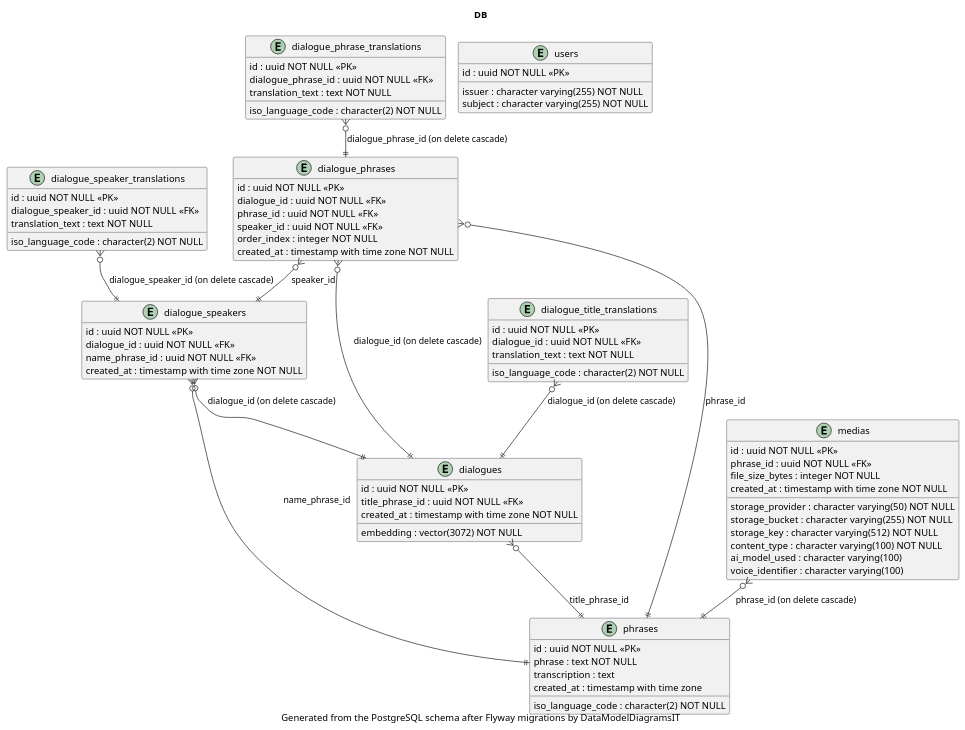
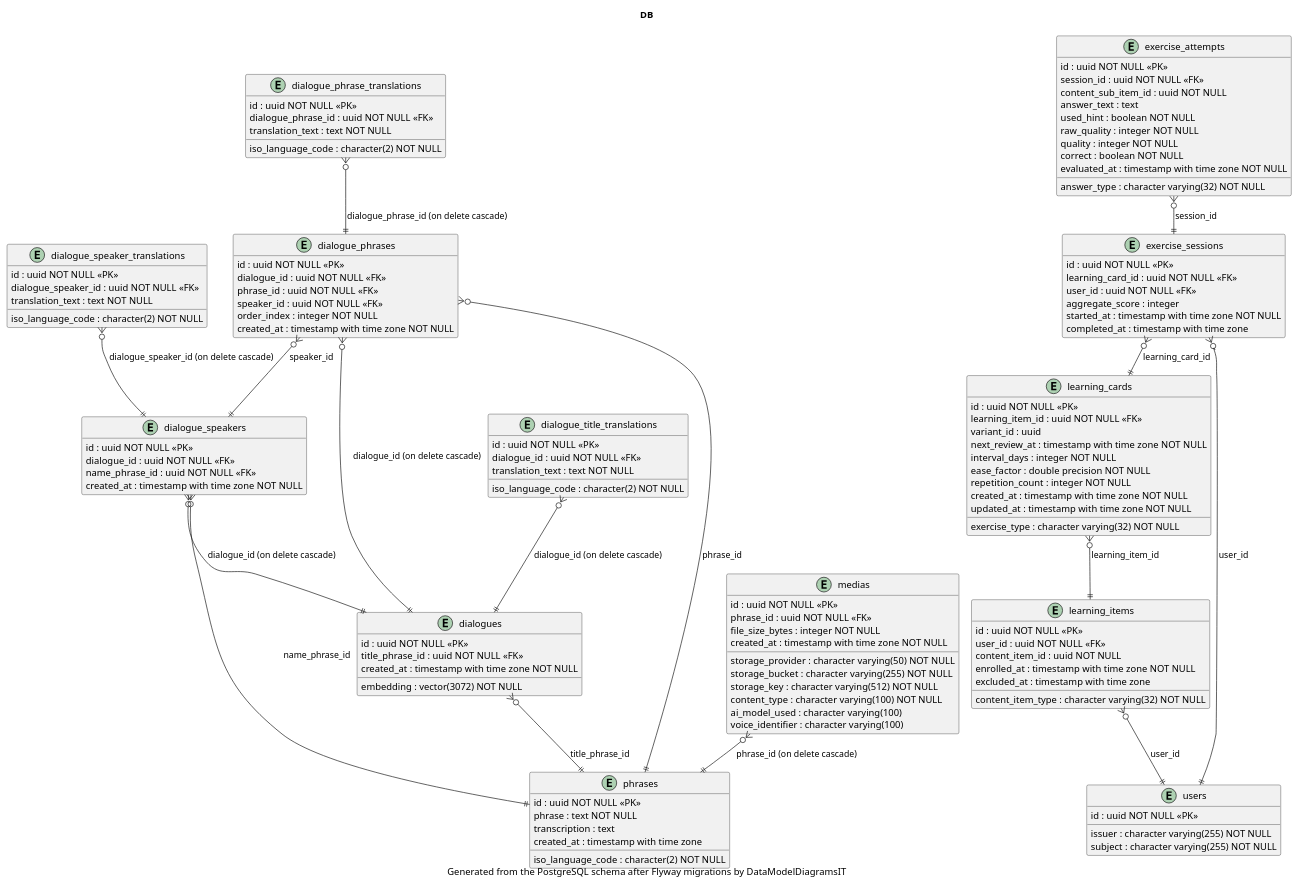
The diagram in docs/generated/DB.puml (blbulyandavbulyan/armenian-learning-assistant-be), drawn with PlantUML before and after one commit. The commit also changed 2 other files, not shown here.

```diff
--- a/docs/generated/DB.puml
+++ b/docs/generated/DB.puml
@@ -1,84 +1,129 @@
 @startuml
 !pragma layout smetana
 
 title DB
 caption Generated from the PostgreSQL schema after Flyway migrations by DataModelDiagramsIT
 
 hide empty members
 skinparam classAttributeIconSize 0
 
 entity dialogue_phrase_translations {
   id : uuid NOT NULL <<PK>>
   dialogue_phrase_id : uuid NOT NULL <<FK>>
   iso_language_code : character(2) NOT NULL
   translation_text : text NOT NULL
 }
 entity dialogue_phrases {
   id : uuid NOT NULL <<PK>>
   dialogue_id : uuid NOT NULL <<FK>>
   phrase_id : uuid NOT NULL <<FK>>
   speaker_id : uuid NOT NULL <<FK>>
   order_index : integer NOT NULL
   created_at : timestamp with time zone NOT NULL
 }
 entity dialogue_speaker_translations {
   id : uuid NOT NULL <<PK>>
   dialogue_speaker_id : uuid NOT NULL <<FK>>
   iso_language_code : character(2) NOT NULL
   translation_text : text NOT NULL
 }
 entity dialogue_speakers {
   id : uuid NOT NULL <<PK>>
   dialogue_id : uuid NOT NULL <<FK>>
   name_phrase_id : uuid NOT NULL <<FK>>
   created_at : timestamp with time zone NOT NULL
 }
 entity dialogue_title_translations {
   id : uuid NOT NULL <<PK>>
   dialogue_id : uuid NOT NULL <<FK>>
   iso_language_code : character(2) NOT NULL
   translation_text : text NOT NULL
 }
 entity dialogues {
   id : uuid NOT NULL <<PK>>
   title_phrase_id : uuid NOT NULL <<FK>>
   embedding : vector(3072) NOT NULL
   created_at : timestamp with time zone NOT NULL
 }
+entity exercise_attempts {
+  id : uuid NOT NULL <<PK>>
+  session_id : uuid NOT NULL <<FK>>
+  content_sub_item_id : uuid NOT NULL
+  answer_type : character varying(32) NOT NULL
+  answer_text : text
+  used_hint : boolean NOT NULL
+  raw_quality : integer NOT NULL
+  quality : integer NOT NULL
+  correct : boolean NOT NULL
+  evaluated_at : timestamp with time zone NOT NULL
+}
+entity exercise_sessions {
+  id : uuid NOT NULL <<PK>>
+  learning_card_id : uuid NOT NULL <<FK>>
+  user_id : uuid NOT NULL <<FK>>
+  aggregate_score : integer
+  started_at : timestamp with time zone NOT NULL
+  completed_at : timestamp with time zone
+}
+entity learning_cards {
+  id : uuid NOT NULL <<PK>>
+  learning_item_id : uuid NOT NULL <<FK>>
+  exercise_type : character varying(32) NOT NULL
+  variant_id : uuid
+  next_review_at : timestamp with time zone NOT NULL
+  interval_days : integer NOT NULL
+  ease_factor : double precision NOT NULL
+  repetition_count : integer NOT NULL
+  created_at : timestamp with time zone NOT NULL
+  updated_at : timestamp with time zone NOT NULL
+}
+entity learning_items {
+  id : uuid NOT NULL <<PK>>
+  user_id : uuid NOT NULL <<FK>>
+  content_item_id : uuid NOT NULL
+  content_item_type : character varying(32) NOT NULL
+  enrolled_at : timestamp with time zone NOT NULL
+  excluded_at : timestamp with time zone
+}
 entity medias {
   id : uuid NOT NULL <<PK>>
   phrase_id : uuid NOT NULL <<FK>>
   storage_provider : character varying(50) NOT NULL
   storage_bucket : character varying(255) NOT NULL
   storage_key : character varying(512) NOT NULL
   content_type : character varying(100) NOT NULL
   file_size_bytes : integer NOT NULL
   ai_model_used : character varying(100)
   voice_identifier : character varying(100)
   created_at : timestamp with time zone NOT NULL
 }
 entity phrases {
   id : uuid NOT NULL <<PK>>
   iso_language_code : character(2) NOT NULL
   phrase : text NOT NULL
   transcription : text
   created_at : timestamp with time zone
 }
 entity users {
   id : uuid NOT NULL <<PK>>
   issuer : character varying(255) NOT NULL
   subject : character varying(255) NOT NULL
 }
 
 dialogue_phrase_translations }o--|| dialogue_phrases : dialogue_phrase_id (on delete cascade)
 dialogue_phrases }o--|| dialogues : dialogue_id (on delete cascade)
 dialogue_phrases }o--|| phrases : phrase_id
 dialogue_phrases }o--|| dialogue_speakers : speaker_id
 dialogue_speaker_translations }o--|| dialogue_speakers : dialogue_speaker_id (on delete cascade)
 dialogue_speakers }o--|| dialogues : dialogue_id (on delete cascade)
 dialogue_speakers }o--|| phrases : name_phrase_id
 dialogue_title_translations }o--|| dialogues : dialogue_id (on delete cascade)
 dialogues }o--|| phrases : title_phrase_id
+exercise_attempts }o--|| exercise_sessions : session_id
+exercise_sessions }o--|| learning_cards : learning_card_id
+exercise_sessions }o--|| users : user_id
+learning_cards }o--|| learning_items : learning_item_id
+learning_items }o--|| users : user_id
 medias }o--|| phrases : phrase_id (on delete cascade)
 
 @enduml
```
